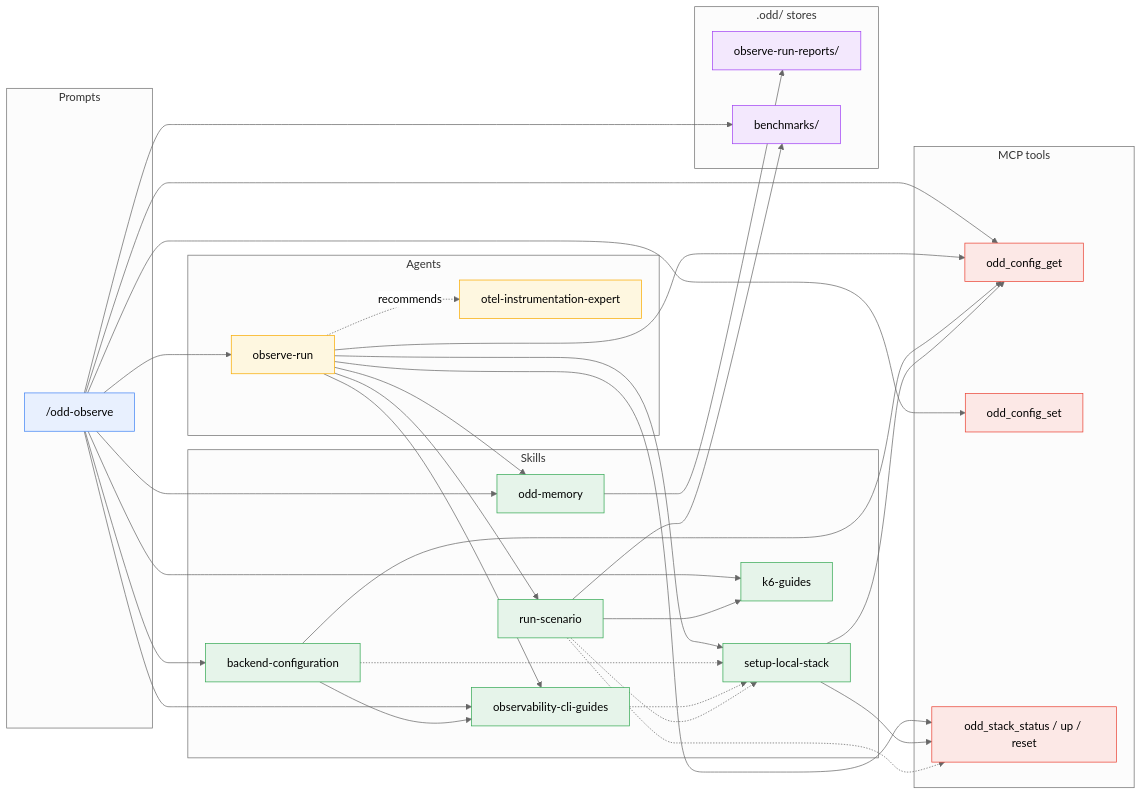
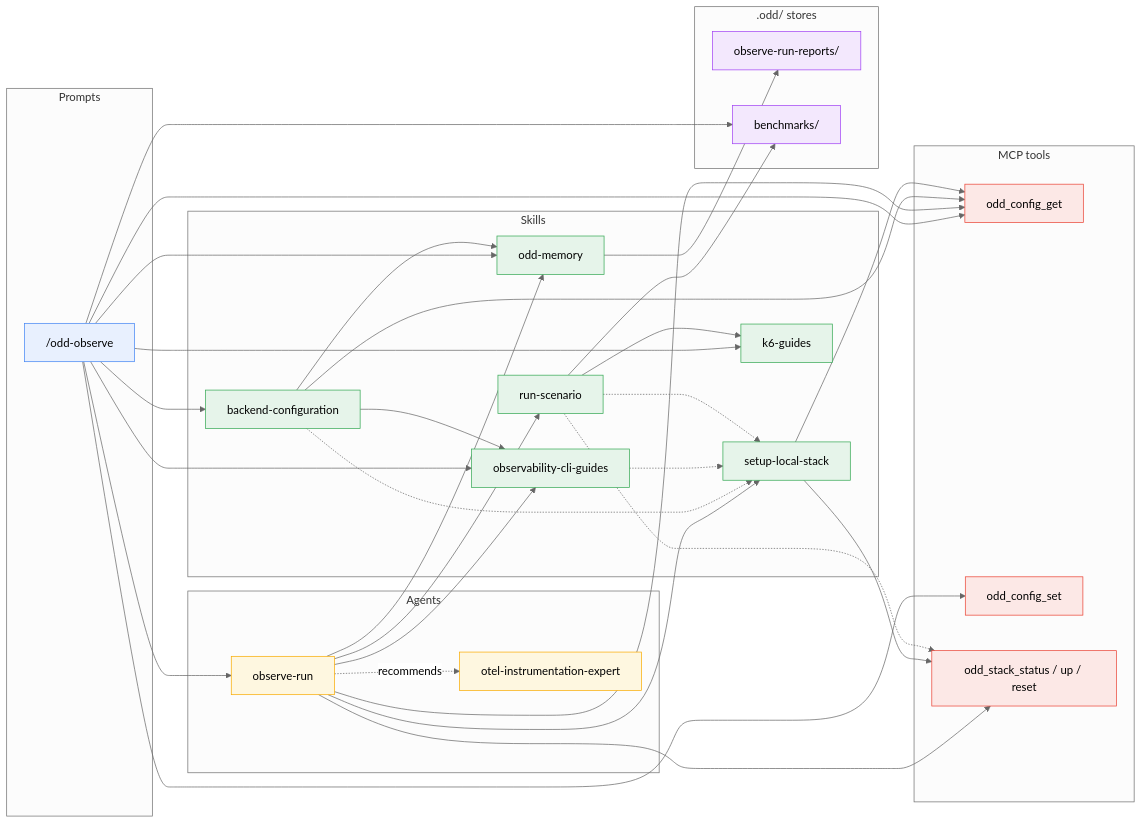
Before and after one commit to using-system/oddyssey: the third of 7 diagrams in docs/guide/dependencies.md, drawn with Mermaid (neutral theme). The commit also changed other lines of this file and 13 other files, not shown here.

````diff
--- a/docs/guide/dependencies.md
+++ b/docs/guide/dependencies.md
@@ -144,73 +144,74 @@
 ```mermaid
 flowchart LR
   subgraph Prompts
     observe["/odd-observe"]
   end
 
   subgraph Agents
     runner[observe-run]
     expert[otel-instrumentation-expert]
   end
 
   subgraph Skills
     bc[backend-configuration]
     ocg[observability-cli-guides]
     sls[setup-local-stack]
     rs[run-scenario]
     kg[k6-guides]
     mem[odd-memory]
   end
 
   subgraph MCP["MCP tools"]
     cfgget[odd_config_get]
     cfgset[odd_config_set]
     stack[odd_stack_status / up / reset]
   end
 
   subgraph Stores[".odd/ stores"]
     obsdir[observe-run-reports/]
     benchdir[benchmarks/]
   end
 
   observe --> runner
   observe --> bc
   observe --> mem
+  bc --> mem
   observe --> cfgget
   observe --> cfgset
   observe --> kg
   observe --> ocg
   observe --> benchdir
   mem --> obsdir
 
   runner --> ocg
   runner --> sls
   runner --> rs
   runner --> mem
   runner --> cfgget
   runner --> stack
   runner -. recommends .-> expert
 
   bc -.-> sls
   bc --> ocg
   bc --> cfgget
   ocg -.-> sls
   sls --> cfgget
   sls --> stack
   rs -.-> stack
   rs -.-> sls
   rs --> kg
   rs --> benchdir
 
 
 
   classDef prompt fill:#e8f0fe,stroke:#4285f4
   classDef agent fill:#fef7e0,stroke:#f9ab00
   classDef skill fill:#e6f4ea,stroke:#34a853
   classDef mcp fill:#fce8e6,stroke:#ea4335
   classDef store fill:#f3e8fd,stroke:#a142f4
   class observe prompt
   class runner,expert agent
   class bc,ocg,sls,rs,kg,mem skill
   class cfgget,cfgset,stack mcp
   class obsdir,benchdir store
 ```
````
